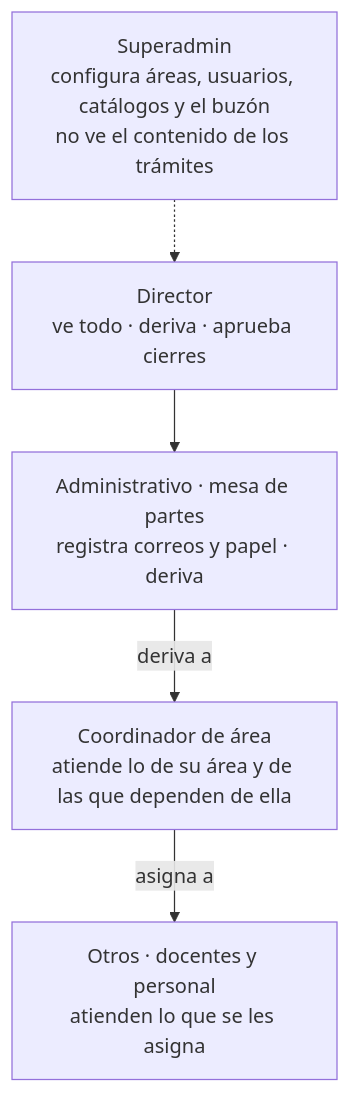
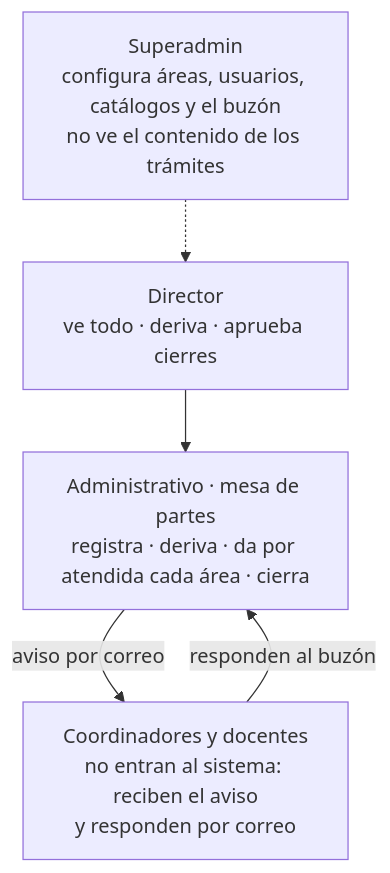
The fourth of 5 diagrams in README.md (RedyDelgado/tramite_documentario_llm), drawn with Mermaid before and after one commit. The commit also changed 10 other files, not shown here.

First line of the commit message:
feat(atencion): administrativo y director gestionan lo derivado; coordinadores solo por correo

````diff
--- a/README.md
+++ b/README.md
@@ -302,12 +302,11 @@
 ```mermaid
 flowchart TD
     SA["Superadmin<br/>configura áreas, usuarios, catálogos y el buzón<br/>no ve el contenido de los trámites"]
     DI["Director<br/>ve todo · deriva · aprueba cierres"]
-    AD["Administrativo · mesa de partes<br/>registra correos y papel · deriva"]
-    CO["Coordinador de área<br/>atiende lo de su área y de las que dependen de ella"]
-    OT["Otros · docentes y personal<br/>atienden lo que se les asigna"]
+    AD["Administrativo · mesa de partes<br/>registra · deriva · da por atendida cada área · cierra"]
+    CO["Coordinadores y docentes<br/>no entran al sistema: reciben el aviso<br/>y responden por correo"]
     SA -.-> DI
     DI --> AD
-    AD -->|"deriva a"| CO
-    CO -->|"asigna a"| OT
+    AD -->|"aviso por correo"| CO
+    CO -->|"responden al buzón"| AD
 ```
````
